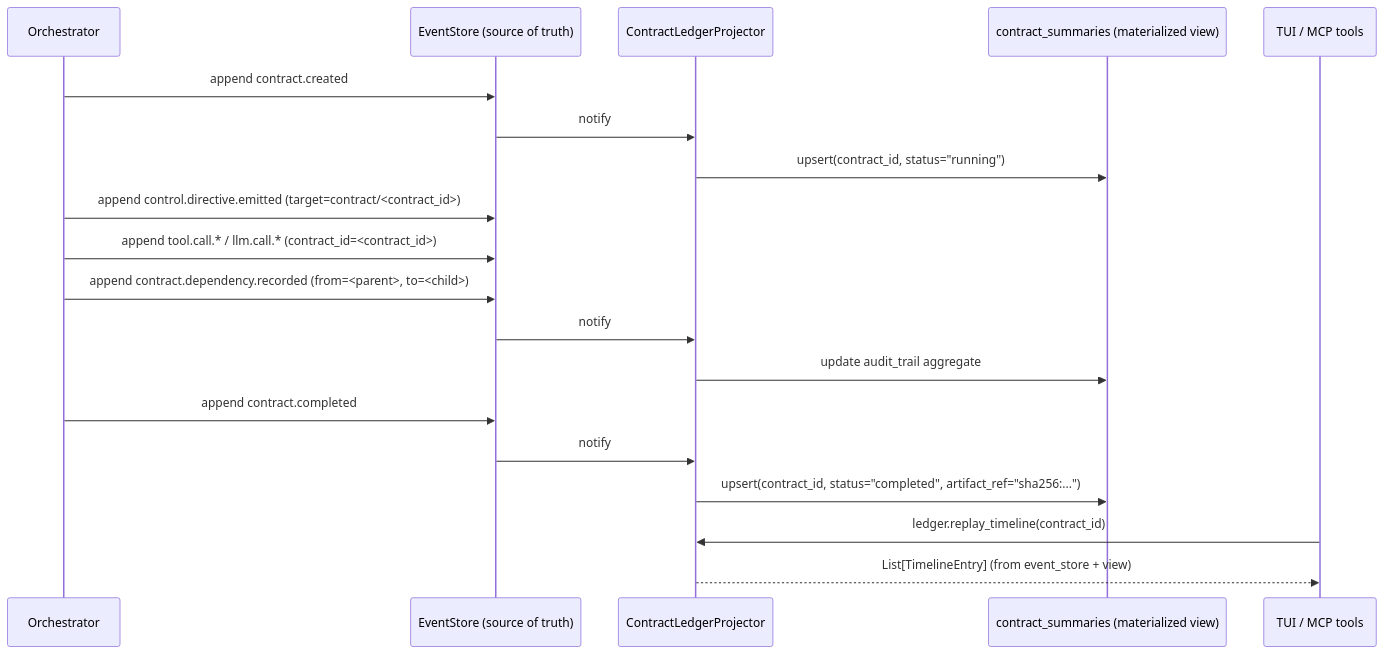
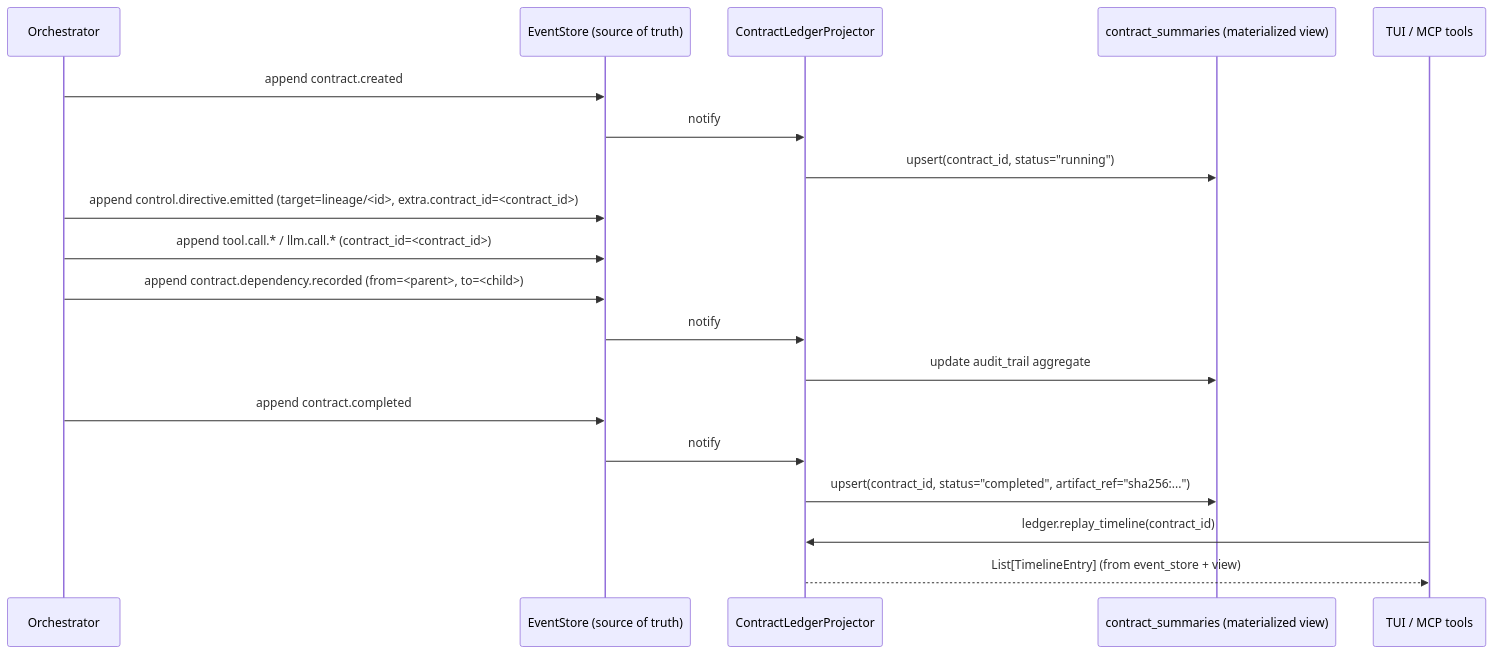
Before and after one commit to Q00/ouroboros: the second of 2 diagrams in docs/rfc/contract-ledger.md, drawn with Mermaid. The commit also changed other lines of this file, not shown here.

First line of the commit message:
Preserve aggregate directive replay while correlating contracts

````diff
--- a/docs/rfc/contract-ledger.md
+++ b/docs/rfc/contract-ledger.md
@@ -242,22 +242,22 @@
 ```mermaid
 sequenceDiagram
     participant O as Orchestrator
     participant E as EventStore (source of truth)
     participant P as ContractLedgerProjector
     participant V as contract_summaries (materialized view)
     participant T as TUI / MCP tools
 
     O->>E: append contract.created
     E->>P: notify
     P->>V: upsert(contract_id, status="running")
-    O->>E: append control.directive.emitted (target=contract/<contract_id>)
+    O->>E: append control.directive.emitted (target=lineage/<id>, extra.contract_id=<contract_id>)
     O->>E: append tool.call.* / llm.call.* (contract_id=<contract_id>)
     O->>E: append contract.dependency.recorded (from=<parent>, to=<child>)
     E->>P: notify
     P->>V: update audit_trail aggregate
     O->>E: append contract.completed
     E->>P: notify
     P->>V: upsert(contract_id, status="completed", artifact_ref="sha256:...")
     T->>P: ledger.replay_timeline(contract_id)
     P-->>T: List[TimelineEntry] (from event_store + view)
 ```
````
